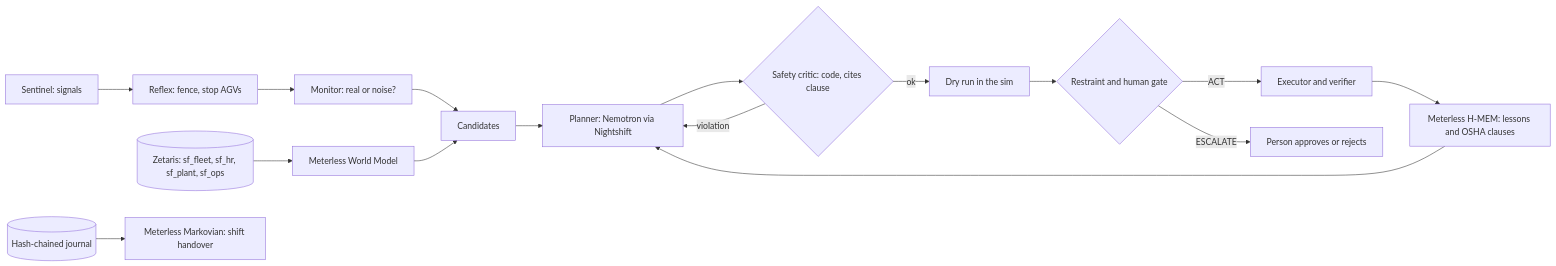
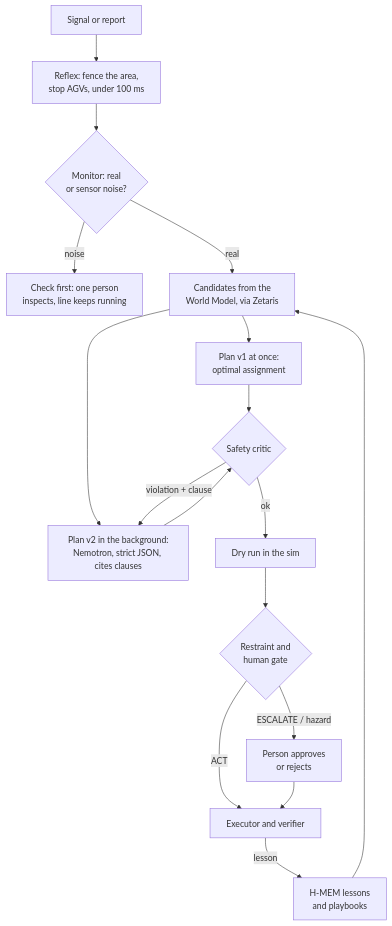
One commit to Hemanth-Raja/shopfloor-os changed the diagram in README.md. Above: the diagram before and after it, drawn with Mermaid. The commit also changed other lines of this file and 9 other files, not shown here.

````diff
--- a/README.md
+++ b/README.md
@@ -27,18 +69,19 @@
 ```mermaid
-flowchart LR
-  Z[(Zetaris: sf_fleet, sf_hr, sf_plant, sf_ops)] --> WM[Meterless World Model]
-  S[Sentinel: signals] --> R[Reflex: fence, stop AGVs]
-  R --> M[Monitor: real or noise?]
-  M --> C[Candidates]
-  WM --> C
-  C --> P[Planner: Nemotron via Nightshift]
-  H[Meterless H-MEM: lessons and OSHA clauses] --> P
-  P --> K{Safety critic: code, cites clause}
-  K -- violation --> P
+flowchart TD
+  S[Signal or report] --> R[Reflex: fence the area,<br/>stop AGVs, under 100 ms]
+  R --> M{Monitor: real<br/>or sensor noise?}
+  M -- noise --> V[Check first: one person<br/>inspects, line keeps running]
+  M -- real --> C[Candidates from the<br/>World Model, via Zetaris]
+  H[H-MEM lessons<br/>and playbooks] --> C
+  C --> P1[Plan v1 at once:<br/>optimal assignment]
+  C --> P2[Plan v2 in the background:<br/>Nemotron, strict JSON, cites clauses]
+  P1 --> K{Safety critic}
+  P2 --> K
+  K -- "violation + clause" --> P2
   K -- ok --> D[Dry run in the sim]
-  D --> G{Restraint and human gate}
+  D --> G{Restraint and<br/>human gate}
   G -- ACT --> E[Executor and verifier]
-  G -- ESCALATE --> U[Person approves or rejects]
-  E --> H
-  J[(Hash-chained journal)] --> MK[Meterless Markovian: shift handover]
+  G -- "ESCALATE / hazard" --> U[Person approves<br/>or rejects]
+  U --> E
+  E -- lesson --> H
 ```
````
